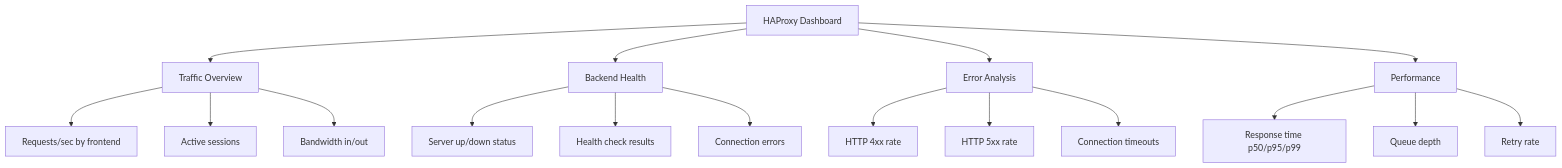
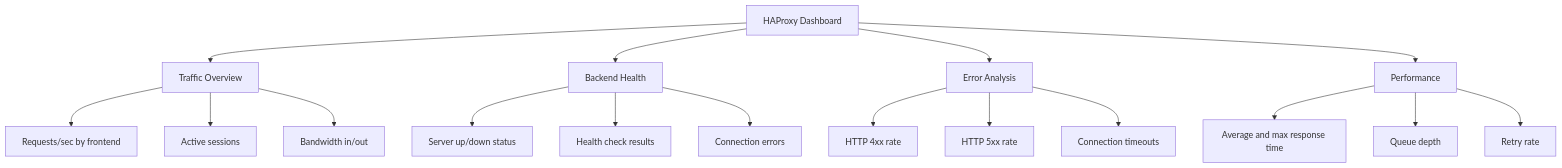
One commit to OneUptime/blog changed the third of 3 diagrams in posts/2026-02-06-instrument-haproxy-load-balancer-opentelemetry/README.md. Above: the diagram before and after it, drawn with Mermaid. The commit also changed other lines of this file and 2 other files, not shown here.

````diff
--- a/posts/2026-02-06-instrument-haproxy-load-balancer-opentelemetry/README.md
+++ b/posts/2026-02-06-instrument-haproxy-load-balancer-opentelemetry/README.md
@@ -280,19 +290,19 @@
 ```mermaid
 graph TD
     A[HAProxy Dashboard] --> B[Traffic Overview]
     A --> C[Backend Health]
     A --> D[Error Analysis]
     A --> E[Performance]
     B --> B1[Requests/sec by frontend]
     B --> B2[Active sessions]
     B --> B3[Bandwidth in/out]
     C --> C1[Server up/down status]
     C --> C2[Health check results]
     C --> C3[Connection errors]
     D --> D1[HTTP 4xx rate]
     D --> D2[HTTP 5xx rate]
     D --> D3[Connection timeouts]
-    E --> E1[Response time p50/p95/p99]
+    E --> E1[Average and max response time]
     E --> E2[Queue depth]
     E --> E3[Retry rate]
 ```
````
